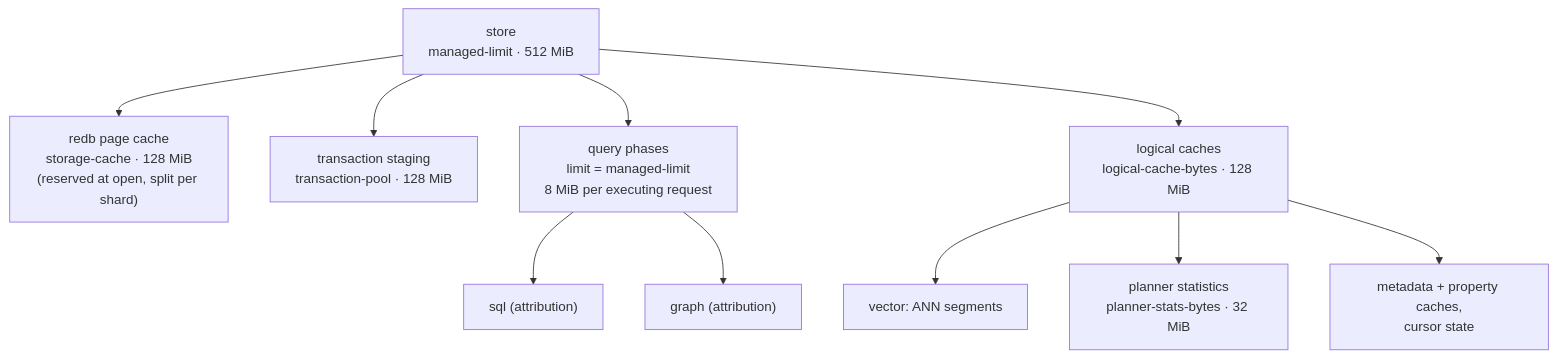
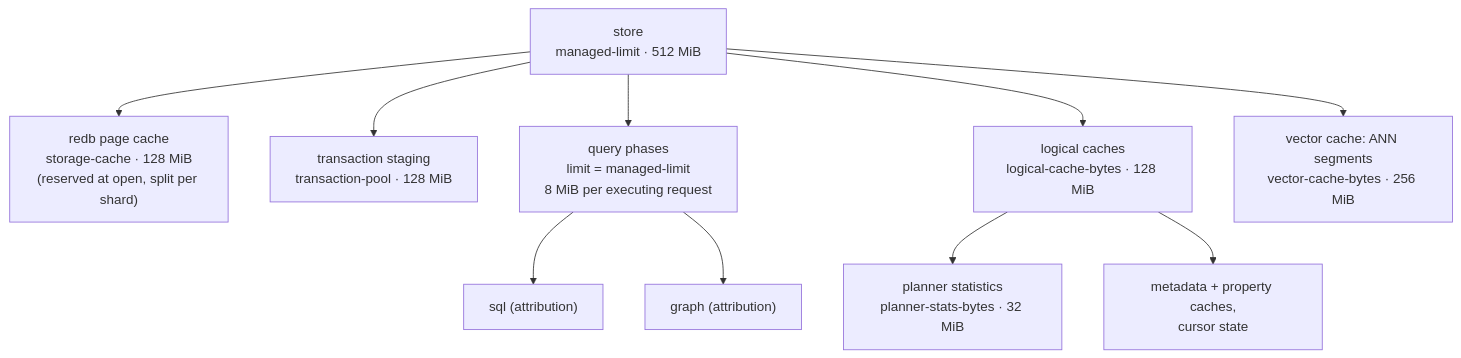
The first of 2 diagrams in docs/manual/architecture/resource-governance.md (rush-db/rushdb), drawn with Mermaid before and after one commit. The commit also changed other lines of this file and 89 other files, not shown here.

````diff
--- a/docs/manual/architecture/resource-governance.md
+++ b/docs/manual/architecture/resource-governance.md
@@ -32,13 +32,13 @@
 ```mermaid
 flowchart TD
     ROOT["store<br/>managed-limit · 512 MiB"]
     ROOT --> PC["redb page cache<br/>storage-cache · 128 MiB<br/>(reserved at open, split per shard)"]
     ROOT --> TX["transaction staging<br/>transaction-pool · 128 MiB"]
     ROOT --> PH["query phases<br/>limit = managed-limit<br/>8 MiB per executing request"]
     ROOT --> LC["logical caches<br/>logical-cache-bytes · 128 MiB"]
+    ROOT --> VEC["vector cache: ANN segments<br/>vector-cache-bytes · 256 MiB"]
     PH --> SQL["sql (attribution)"]
     PH --> GR["graph (attribution)"]
-    LC --> VEC["vector: ANN segments"]
     LC --> PS["planner statistics<br/>planner-stats-bytes · 32 MiB"]
     LC --> MC["metadata + property caches,<br/>cursor state"]
 ```
````
